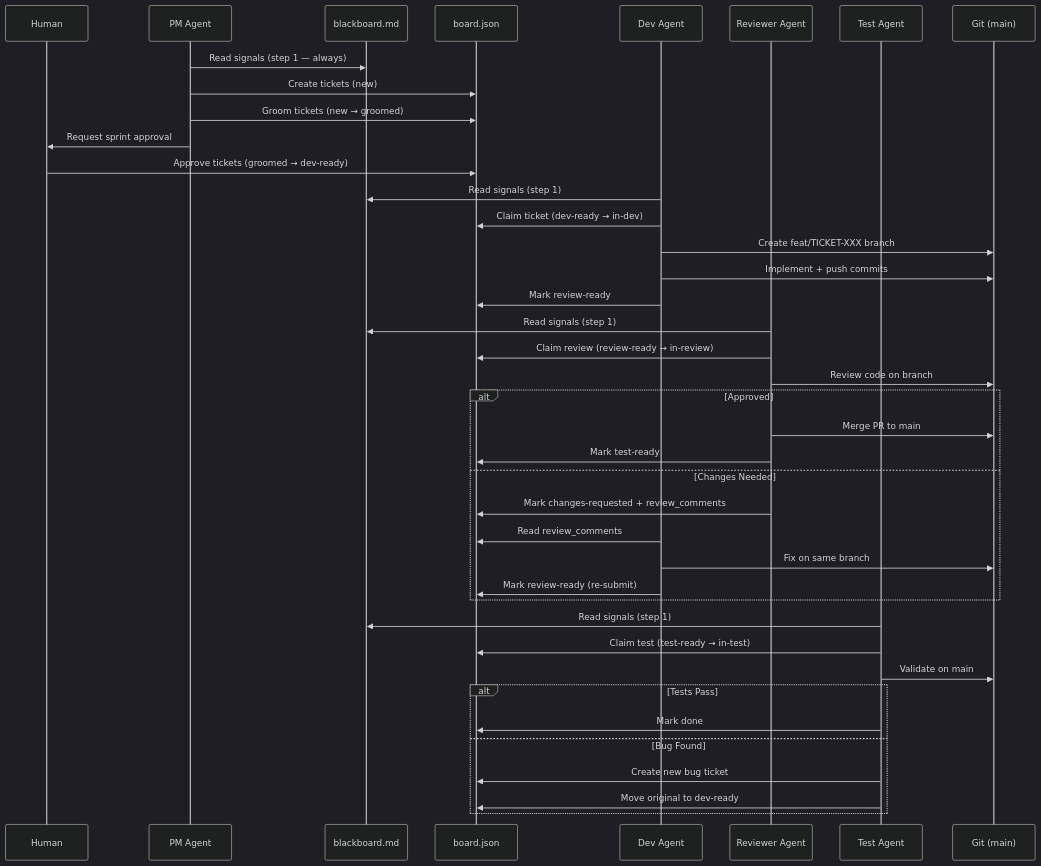
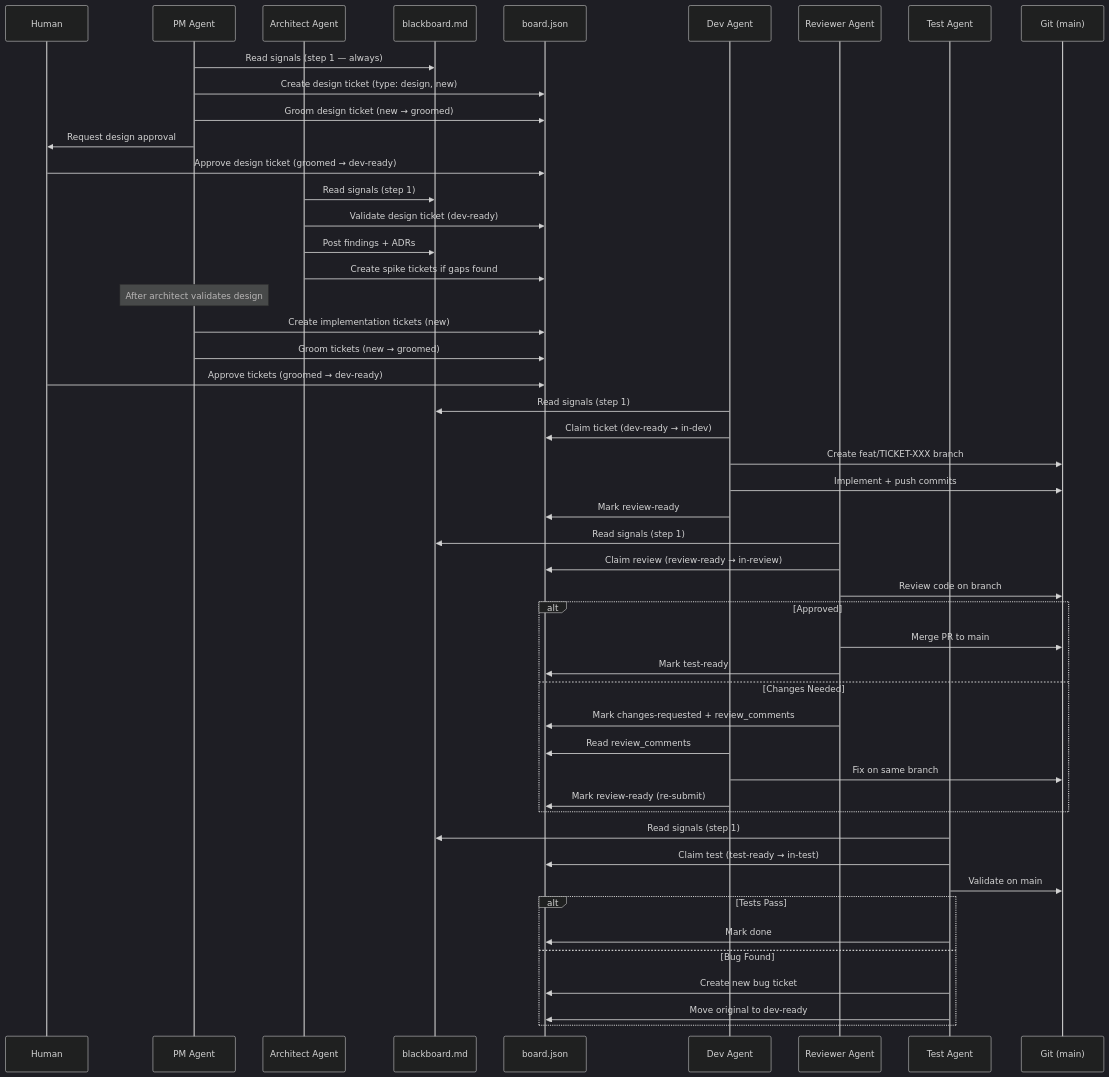
Before and after one commit to PraAIHub/SwarmBoard: the second of 11 diagrams in docs/ARCHITECTURE.md, drawn with Mermaid (dark theme). The commit also changed other lines of this file, not shown here.

First line of the commit message:
Docs: comprehensive architect agent updates in ARCHITECTURE.md

````diff
--- a/docs/ARCHITECTURE.md
+++ b/docs/ARCHITECTURE.md
@@ -121,49 +121,60 @@
 ```mermaid
 sequenceDiagram
     participant H as Human
     participant PM as PM Agent
+    participant ARCH as Architect Agent
     participant BB as blackboard.md
     participant BJ as board.json
     participant DEV as Dev Agent
     participant REV as Reviewer Agent
     participant TEST as Test Agent
     participant GIT as Git (main)
 
     PM->>BB: Read signals (step 1 — always)
-    PM->>BJ: Create tickets (new)
+    PM->>BJ: Create design ticket (type: design, new)
+    PM->>BJ: Groom design ticket (new → groomed)
+    PM->>H: Request design approval
+
+    H->>BJ: Approve design ticket (groomed → dev-ready)
+
+    ARCH->>BB: Read signals (step 1)
+    ARCH->>BJ: Validate design ticket (dev-ready)
+    ARCH->>BB: Post findings + ADRs
+    ARCH->>BJ: Create spike tickets if gaps found
+
+    Note over PM: After architect validates design
+    PM->>BJ: Create implementation tickets (new)
     PM->>BJ: Groom tickets (new → groomed)
-    PM->>H: Request sprint approval
-
     H->>BJ: Approve tickets (groomed → dev-ready)
 
     DEV->>BB: Read signals (step 1)
     DEV->>BJ: Claim ticket (dev-ready → in-dev)
     DEV->>GIT: Create feat/TICKET-XXX branch
     DEV->>GIT: Implement + push commits
     DEV->>BJ: Mark review-ready
 
     REV->>BB: Read signals (step 1)
     REV->>BJ: Claim review (review-ready → in-review)
     REV->>GIT: Review code on branch
 
     alt Approved
         REV->>GIT: Merge PR to main
         REV->>BJ: Mark test-ready
     else Changes Needed
         REV->>BJ: Mark changes-requested + review_comments
         DEV->>BJ: Read review_comments
         DEV->>GIT: Fix on same branch
         DEV->>BJ: Mark review-ready (re-submit)
     end
 
     TEST->>BB: Read signals (step 1)
     TEST->>BJ: Claim test (test-ready → in-test)
     TEST->>GIT: Validate on main
 
     alt Tests Pass
         TEST->>BJ: Mark done
     else Bug Found
         TEST->>BJ: Create new bug ticket
         TEST->>BJ: Move original to dev-ready
     end
 ```
````
